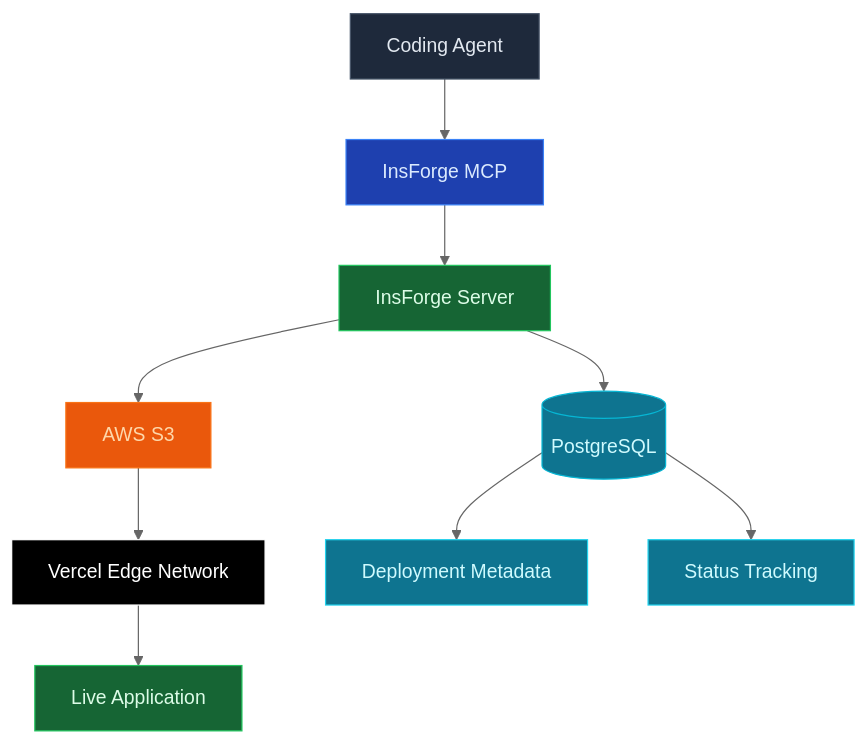
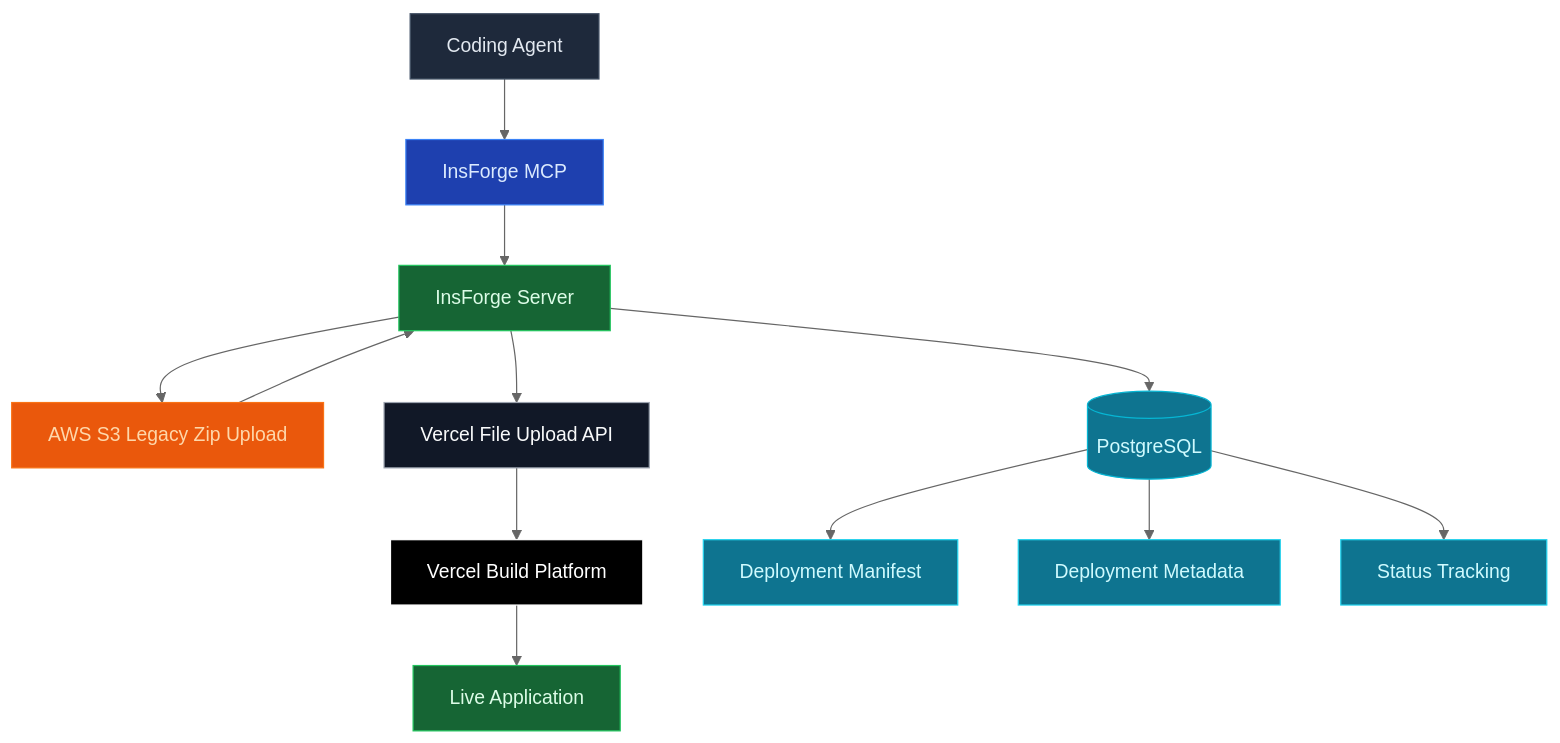
One commit to InsForge/InsForge changed the first of 2 diagrams in docs/core-concepts/deployments/architecture.mdx. Above: the diagram before and after it, drawn with Mermaid (neutral theme). The commit also changed other lines of this file and 12 other files, not shown here.

Commit message:
add direct flow

````diff
--- a/docs/core-concepts/deployments/architecture.mdx
+++ b/docs/core-concepts/deployments/architecture.mdx
@@ -16,24 +16,29 @@
 ```mermaid
 graph TB
     Agent[Coding Agent] --> MCP[InsForge MCP]
     MCP --> API[InsForge Server]
 
-    API --> S3[AWS S3]
-    S3 --> Vercel[Vercel Edge Network]
+    API --> S3[AWS S3 Legacy Zip Upload]
+    API --> VercelFiles[Vercel File Upload API]
+    S3 --> API
+    VercelFiles --> Vercel[Vercel Build Platform]
 
     API --> DB[(PostgreSQL)]
+    DB --> Manifest[Deployment Manifest]
     DB --> Metadata[Deployment Metadata]
     DB --> Status[Status Tracking]
 
     Vercel --> Live[Live Application]
 
     style Agent fill:#1e293b,stroke:#475569,color:#e2e8f0
     style MCP fill:#1e40af,stroke:#3b82f6,color:#dbeafe
     style API fill:#166534,stroke:#22c55e,color:#dcfce7
     style S3 fill:#ea580c,stroke:#f97316,color:#fed7aa
+    style VercelFiles fill:#111827,stroke:#9ca3af,color:#f9fafb
     style Vercel fill:#000000,stroke:#ffffff,color:#ffffff
     style DB fill:#0e7490,stroke:#06b6d4,color:#cffafe
+    style Manifest fill:#0e7490,stroke:#22d3ee,color:#cffafe
     style Metadata fill:#0e7490,stroke:#22d3ee,color:#cffafe
     style Status fill:#0e7490,stroke:#22d3ee,color:#cffafe
     style Live fill:#166534,stroke:#22c55e,color:#dcfce7
 ```
````
